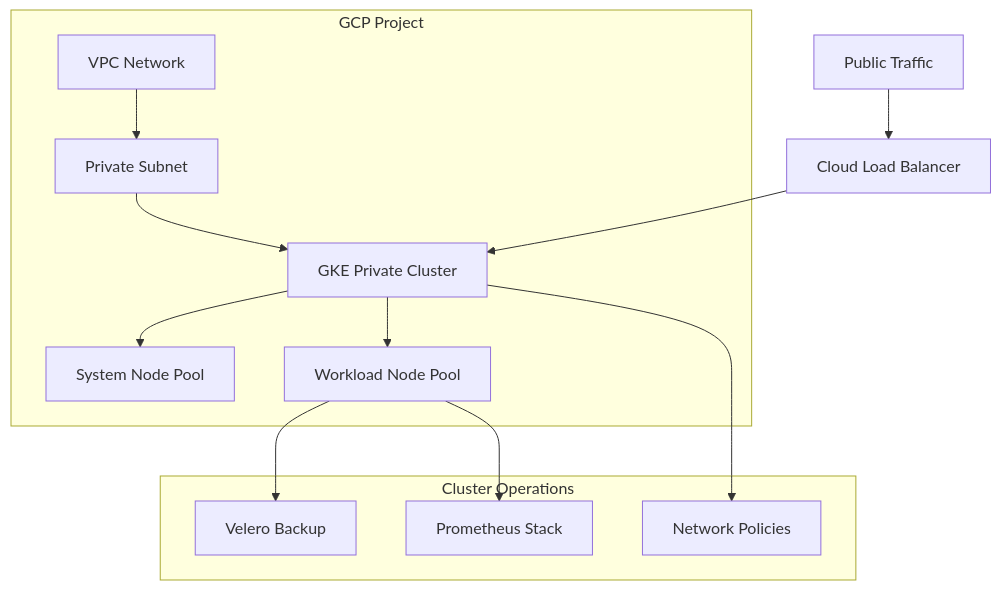
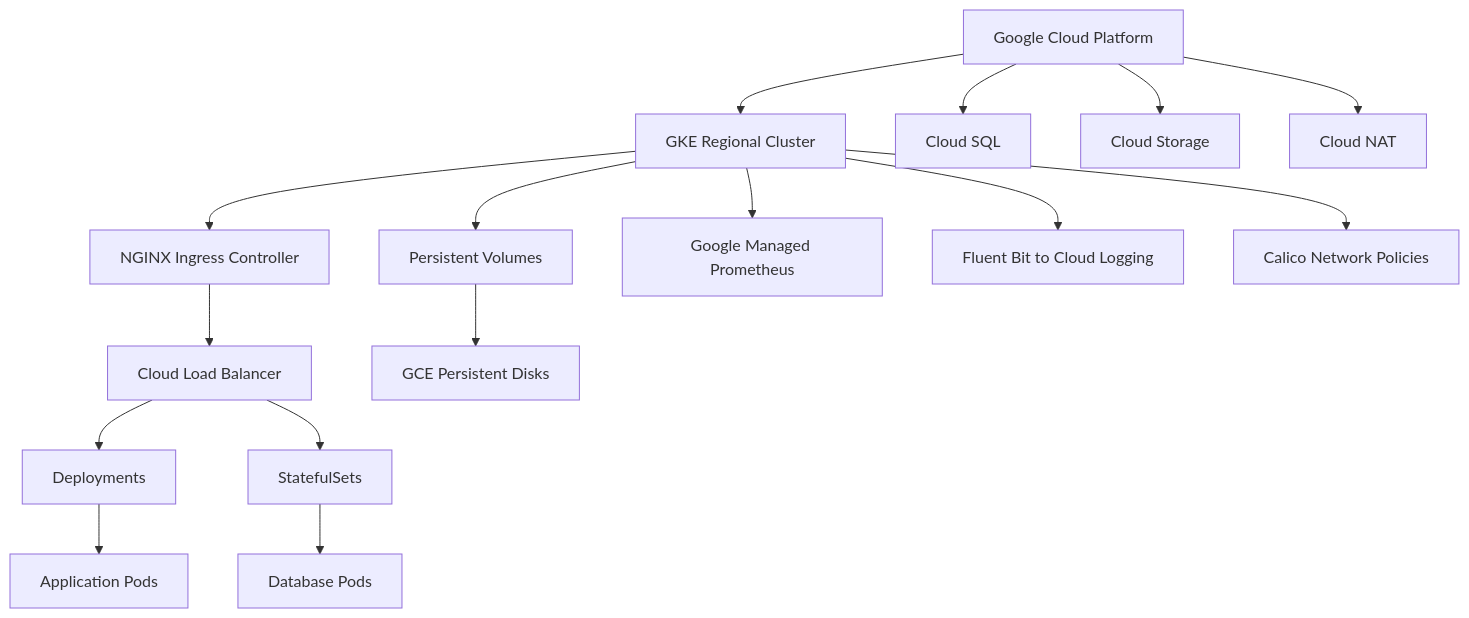
Before and after one commit to NyoikePaul/kubernetes-gke-migration: the diagram in README.md, drawn with Mermaid. The commit also changed other lines of this file and 23 other files, not shown here.

Commit message:
fix: deep review — README Mermaid, RBAC bindings, Prometheus RBAC, Helm helpers, values-prod, Makefile, dependabot, PR template, HPA fix, real CI badge, tfsec v1.0.3

````diff
--- a/README.md
+++ b/README.md
@@ -159,18 +20,18 @@
 ```mermaid
 graph TD
-    subgraph "GCP Project"
-        VPC[VPC Network] --> Subnet[Private Subnet]
-        Subnet --> GKE[GKE Private Cluster]
-        GKE --> SP[System Node Pool]
-        GKE --> WP[Workload Node Pool]
-    end
-    
-    subgraph "Cluster Operations"
-        WP --> Velero[Velero Backup]
-        WP --> Prom[Prometheus Stack]
-        GKE --> NetPol[Network Policies]
-    end
-
-    Internet[Public Traffic] --> LB[Cloud Load Balancer]
-    LB --> GKE
+    A[Google Cloud Platform] --> B[GKE Regional Cluster]
+    B --> C[NGINX Ingress Controller]
+    C --> D[Cloud Load Balancer]
+    D --> E[Deployments]
+    D --> F[StatefulSets]
+    E --> G[Application Pods]
+    F --> I[Database Pods]
+    B --> K[Persistent Volumes]
+    K --> L[GCE Persistent Disks]
+    B --> M[Google Managed Prometheus]
+    B --> N[Fluent Bit to Cloud Logging]
+    B --> O[Calico Network Policies]
+    A --> P[Cloud SQL]
+    A --> Q[Cloud Storage]
+    A --> R[Cloud NAT]
 ```
````
